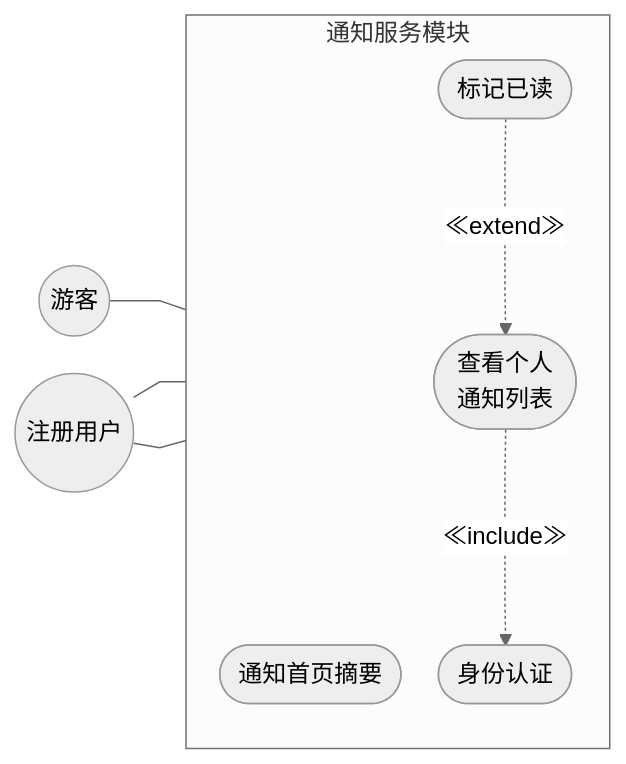
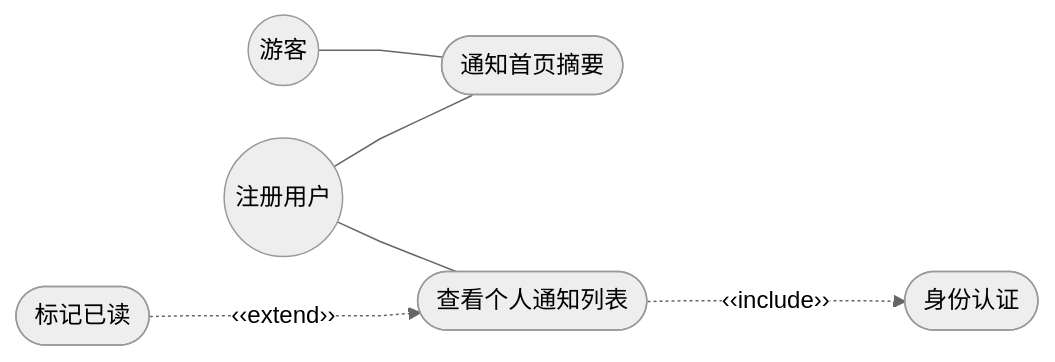
The diagram in docs/diagrams/fig3-5-notify-usecase.mmd (Wkjlovec/graduation_project_zhuang), drawn with Mermaid before and after one commit. The commit also changed 13 other files, not shown here.

Commit message:
docs: 修正用例图标签为‹‹include/extend››, 去除subgraph改为扁平布局使线条更直

```diff
--- a/docs/diagrams/fig3-5-notify-usecase.mmd
+++ b/docs/diagrams/fig3-5-notify-usecase.mmd
@@ -1,18 +1,7 @@
-%%{init: {'theme': 'neutral', 'flowchart': {'curve': 'linear', 'rankSpacing': 35, 'nodeSpacing': 25}}}%%
+%%{init: {'theme': 'neutral', 'flowchart': {'curve': 'linear', 'rankSpacing': 50, 'nodeSpacing': 35}}}%%
 graph LR
-    Guest((游客))
-    User((注册用户))
-
-    subgraph 通知服务模块
-        direction TB
-        UC1([通知首页摘要])
-        UC2([查看个人\n通知列表])
-        UC3([身份认证])
-        UC4([标记已读])
-    end
-
-    Guest --- UC1
-    User --- UC1
-    User --- UC2
-    UC2 -..->|"≪include≫"| UC3
-    UC4 -..->|"≪extend≫"| UC2
+    Guest((游客)) --- UC1([通知首页摘要])
+    User((注册用户)) --- UC1
+    User --- UC2([查看个人通知列表])
+    UC2 -..->|"‹‹include››"| UC3([身份认证])
+    UC4([标记已读]) -..->|"‹‹extend››"| UC2
```
